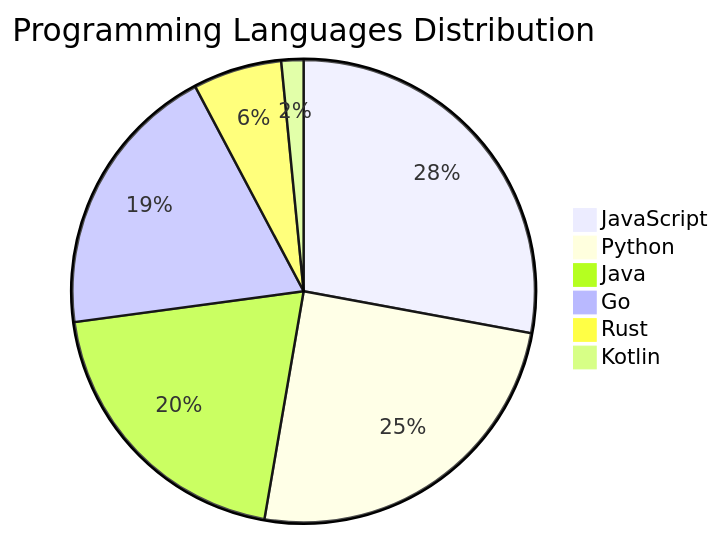
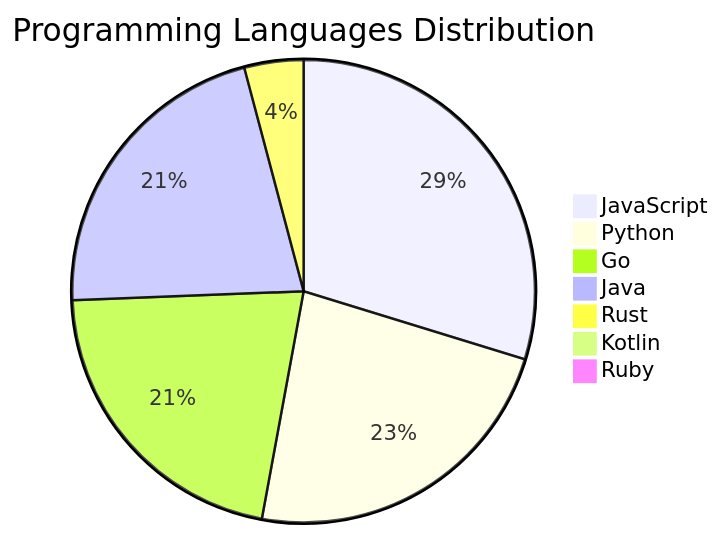
Before and after one commit to Derrick-MUGISHA/github-activity-bot: the diagram in README.md, drawn with Mermaid. The commit also changed other lines of this file and 4 other files, not shown here.

````diff
--- a/README.md
+++ b/README.md
@@ -206,9 +207,10 @@
 ```mermaid
 pie title Programming Languages Distribution
     "JavaScript" : 36
-    "Python" : 32
+    "Python" : 28
+    "Go" : 26
     "Java" : 26
-    "Go" : 25
-    "Rust" : 8
-    "Kotlin" : 2
+    "Rust" : 5
+    "Kotlin" : 1
+    "Ruby" : 1
 ```
````
